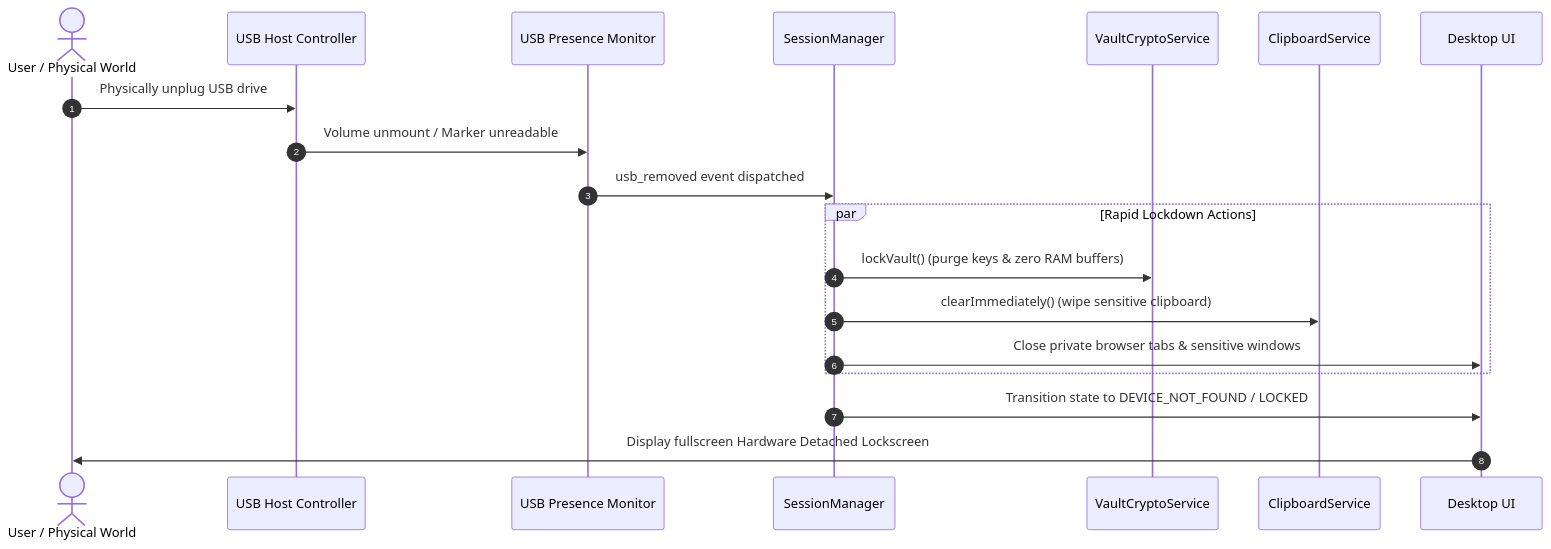
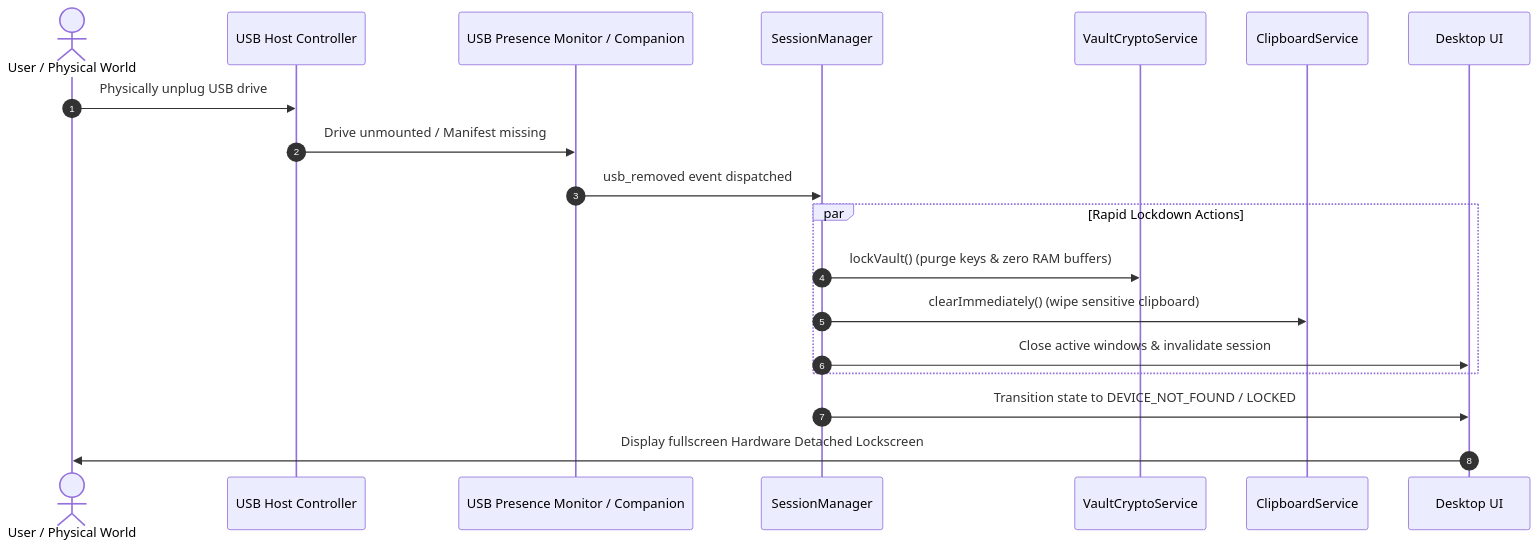
One commit to tejasabhale/evah-usb changed the second of 2 diagrams in README.md. Above: the diagram before and after it, drawn with Mermaid. The commit also changed other lines of this file, not shown here.

Commit message:
docs: overhaul README.md to production-grade quality with dual-mode architecture, REST API spec, and verification guides

````diff
--- a/README.md
+++ b/README.md
@@ -98,22 +186,22 @@
 ```mermaid
 sequenceDiagram
     autonumber
     actor User as User / Physical World
     participant HW as USB Host Controller
-    participant Monitor as USB Presence Monitor
+    participant Monitor as USB Presence Monitor / Companion
     participant Session as SessionManager
     participant Vault as VaultCryptoService
     participant Clip as ClipboardService
     participant UI as Desktop UI
 
     User->>HW: Physically unplug USB drive
-    HW->>Monitor: Volume unmount / Marker unreadable
+    HW->>Monitor: Drive unmounted / Manifest missing
     Monitor->>Session: usb_removed event dispatched
     par Rapid Lockdown Actions
         Session->>Vault: lockVault() (purge keys & zero RAM buffers)
         Session->>Clip: clearImmediately() (wipe sensitive clipboard)
-        Session->>UI: Close private browser tabs & sensitive windows
+        Session->>UI: Close active windows & invalidate session
     end
     Session->>UI: Transition state to DEVICE_NOT_FOUND / LOCKED
     UI->>User: Display fullscreen Hardware Detached Lockscreen
 ```
````
